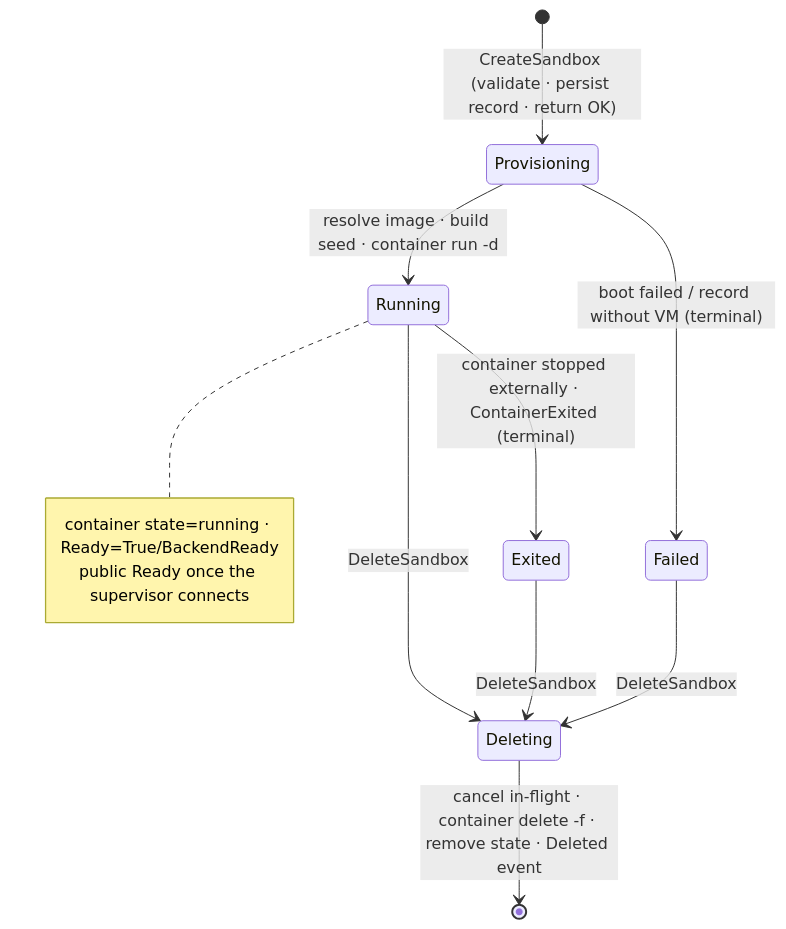
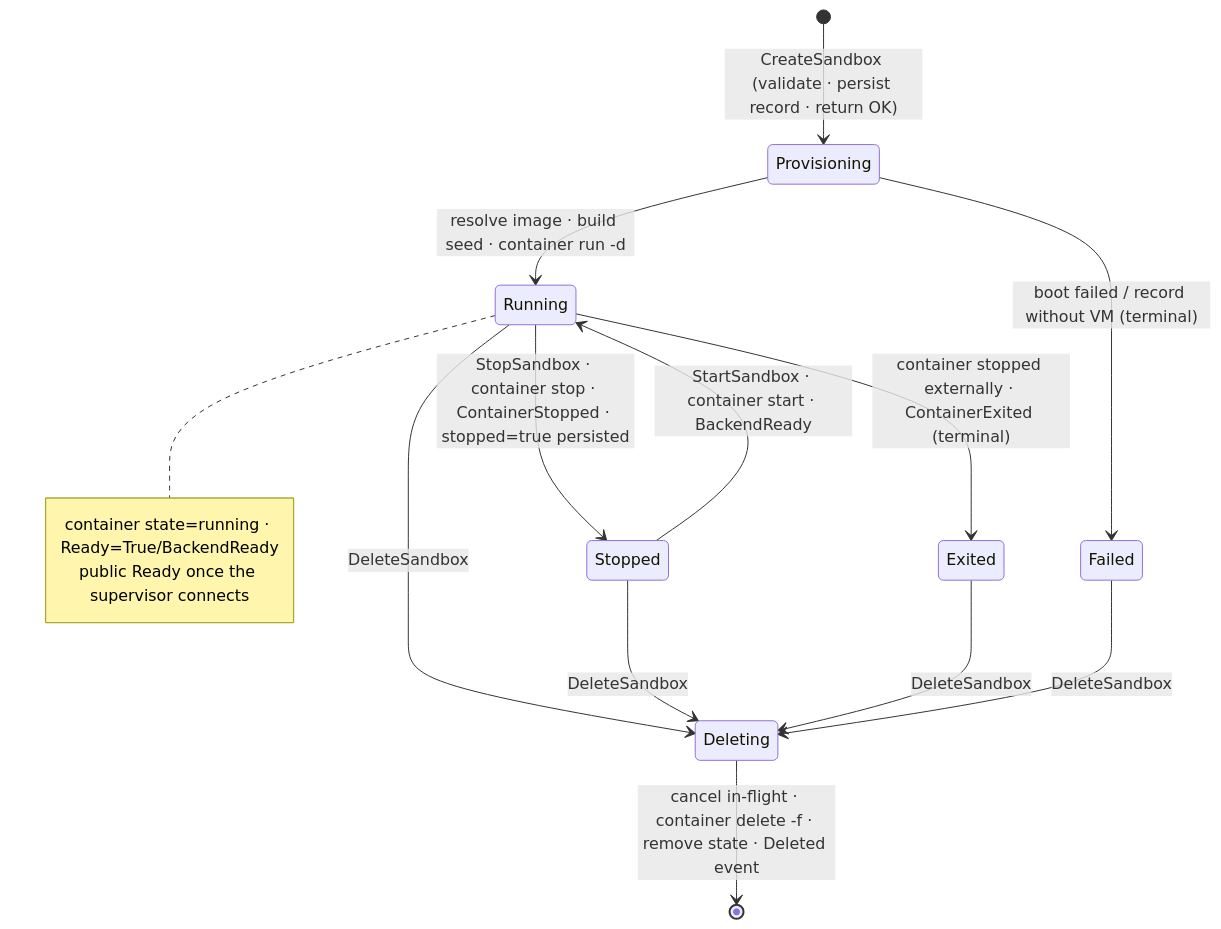
Before and after one commit to vyncint/openshell-driver-applecontainer: the diagram in docs/CONTRACT.md, drawn with Mermaid. The commit also changed other lines of this file and 47 other files, not shown here.

````diff
--- a/docs/CONTRACT.md
+++ b/docs/CONTRACT.md
@@ -195,16 +229,19 @@
 ```mermaid
 stateDiagram-v2
   [*] --> Provisioning: CreateSandbox (validate · persist record · return OK)
   Provisioning --> Running: resolve image · build seed · container run -d
   Provisioning --> Failed: boot failed / record without VM (terminal)
+  Running --> Stopped: StopSandbox · container stop · ContainerStopped · stopped=true persisted
+  Stopped --> Running: StartSandbox · container start · BackendReady
   Running --> Exited: container stopped externally · ContainerExited (terminal)
   Running --> Deleting: DeleteSandbox
+  Stopped --> Deleting: DeleteSandbox
   Exited --> Deleting: DeleteSandbox
   Failed --> Deleting: DeleteSandbox
   Deleting --> [*]: cancel in-flight · container delete -f · remove state · Deleted event
 
   note right of Running
     container state=running · Ready=True/BackendReady
     public Ready once the supervisor connects
   end note
 ```
````
